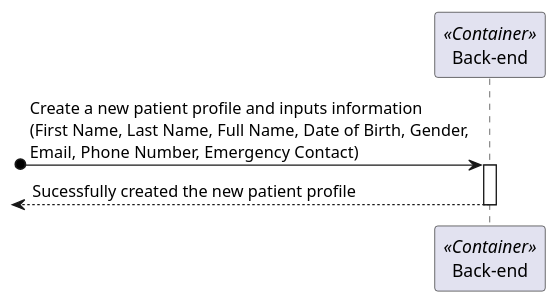
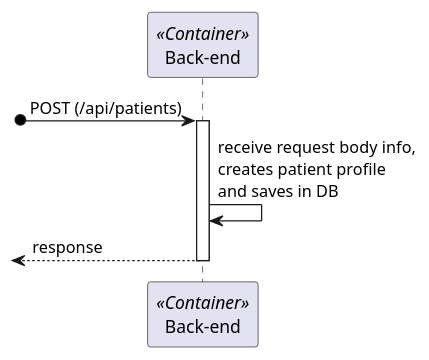
One commit to Rodrick0209/ISEP-SEM5PI-24-25 changed the diagram in docs/Sprint_1/US_5.1.8/L2/Process_View.puml. Above: the diagram before and after it, drawn with PlantUML. The commit also changed 5 other files, not shown here.

```diff
--- a/docs/Sprint_1/US_5.1.8/L2/Process_View.puml
+++ b/docs/Sprint_1/US_5.1.8/L2/Process_View.puml
@@ -3,8 +3,9 @@
 @startuml Process_View
 participant "Back-end" as BE <<Container>>
 
-[o-> BE: Create a new patient profile and inputs information\n(First Name, Last Name, Full Name, Date of Birth, Gender,\nEmail, Phone Number, Emergency Contact)
+[o-> BE: POST (/api/patients)
 activate BE
-<-- BE: Sucessfully created the new patient profile
+BE -> BE: receive request body info,\ncreates patient profile\nand saves in DB
+<-- BE: response
 deactivate BE
 @enduml
```
